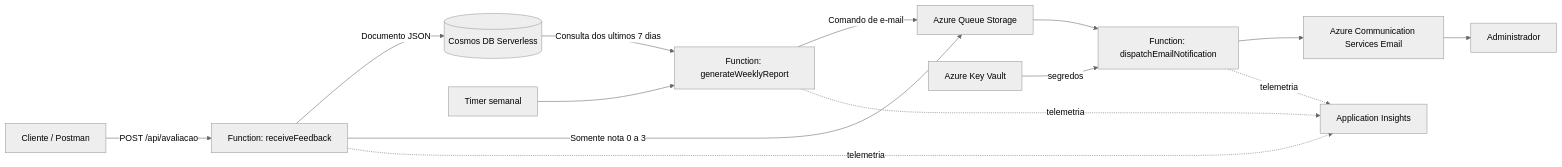
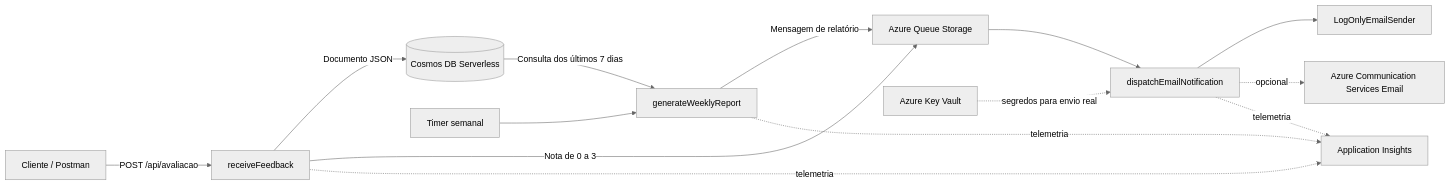
Before and after one commit to henriquez5/fiap-feedback-platform: the diagram in README.md, drawn with Mermaid (neutral theme). The commit also changed other lines of this file and 2 other files, not shown here.

````diff
--- a/README.md
+++ b/README.md
@@ -20,16 +23,20 @@
 ```mermaid
 flowchart LR
-    C[Cliente / Postman] -->|POST /api/avaliacao| F1[Function: receiveFeedback]
+    C[Cliente / Postman] -->|POST /api/avaliacao| F1[receiveFeedback]
     F1 -->|Documento JSON| DB[(Cosmos DB Serverless)]
-    F1 -->|Somente nota 0 a 3| Q[Azure Queue Storage]
-    T[Timer semanal] --> F2[Function: generateWeeklyReport]
-    DB -->|Consulta dos ultimos 7 dias| F2
-    F2 -->|Comando de e-mail| Q
-    Q --> F3[Function: dispatchEmailNotification]
-    F3 --> ACS[Azure Communication Services Email]
-    ACS --> A[Administrador]
+    F1 -->|Nota de 0 a 3| Q[Azure Queue Storage]
+
+    T[Timer semanal] --> F2[generateWeeklyReport]
+    DB -->|Consulta dos últimos 7 dias| F2
+    F2 -->|Mensagem de relatório| Q
+
+    Q --> F3[dispatchEmailNotification]
+    F3 --> LOG[LogOnlyEmailSender]
+    F3 -. opcional .-> ACS[Azure Communication Services Email]
+
     F1 -. telemetria .-> AI[Application Insights]
     F2 -. telemetria .-> AI
     F3 -. telemetria .-> AI
-    KV[Azure Key Vault] -->|segredos| F3
+
+    KV[Azure Key Vault] -. segredos para envio real .-> F3
 ```
````
